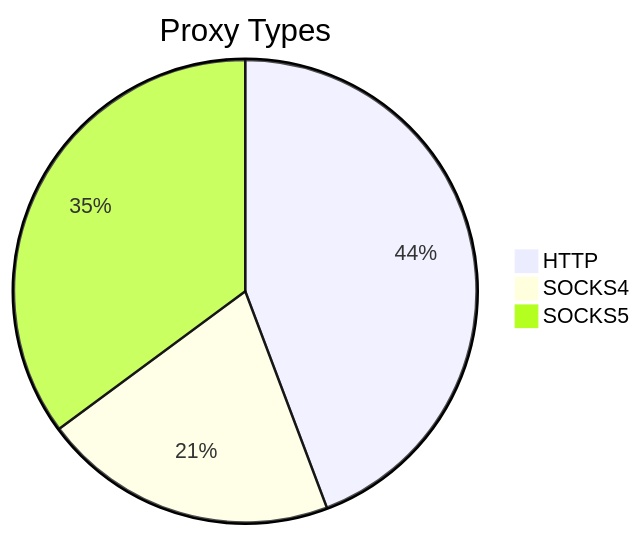
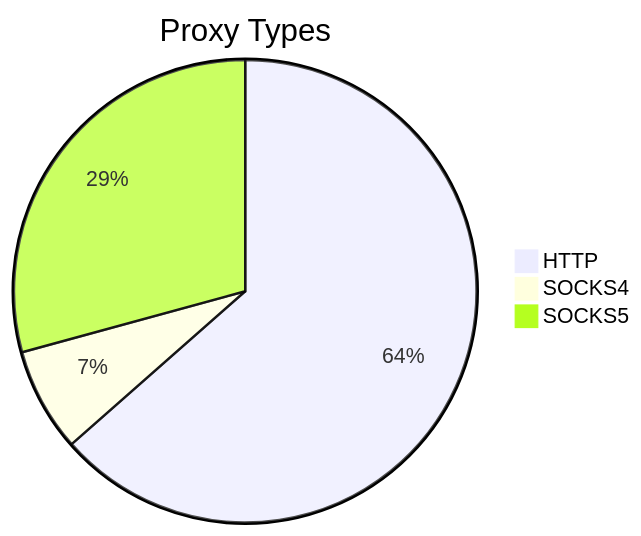
The first of 2 diagrams in README.md (stormsia/proxy-list), drawn with Mermaid before and after one commit. The commit also changed other lines of this file, not shown here.

````diff
--- a/README.md
+++ b/README.md
@@ -21,6 +21,6 @@
 ```mermaid
 pie title Proxy Types
-    "HTTP" : 189
-    "SOCKS4" : 88
-    "SOCKS5" : 150
+    "HTTP" : 228
+    "SOCKS4" : 26
+    "SOCKS5" : 105
 ```
````
